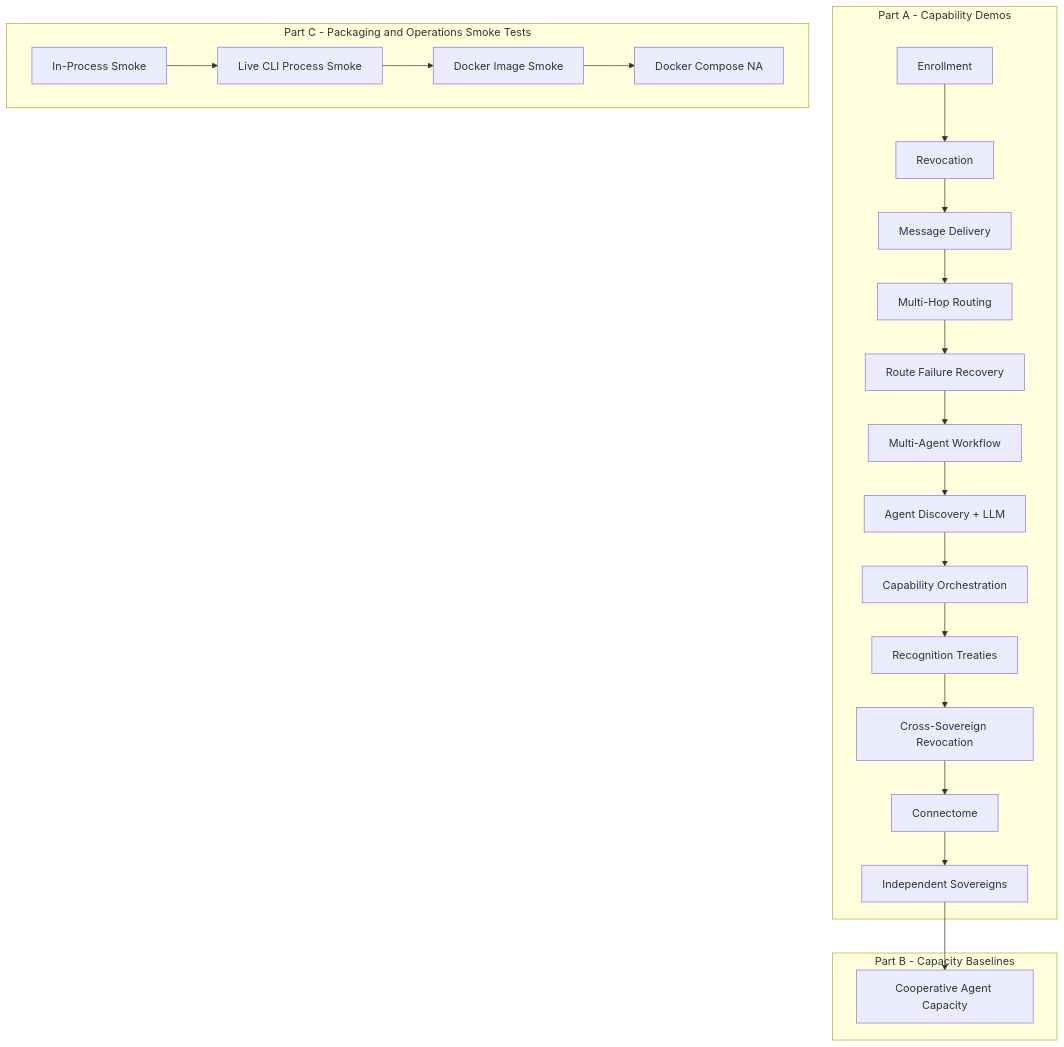
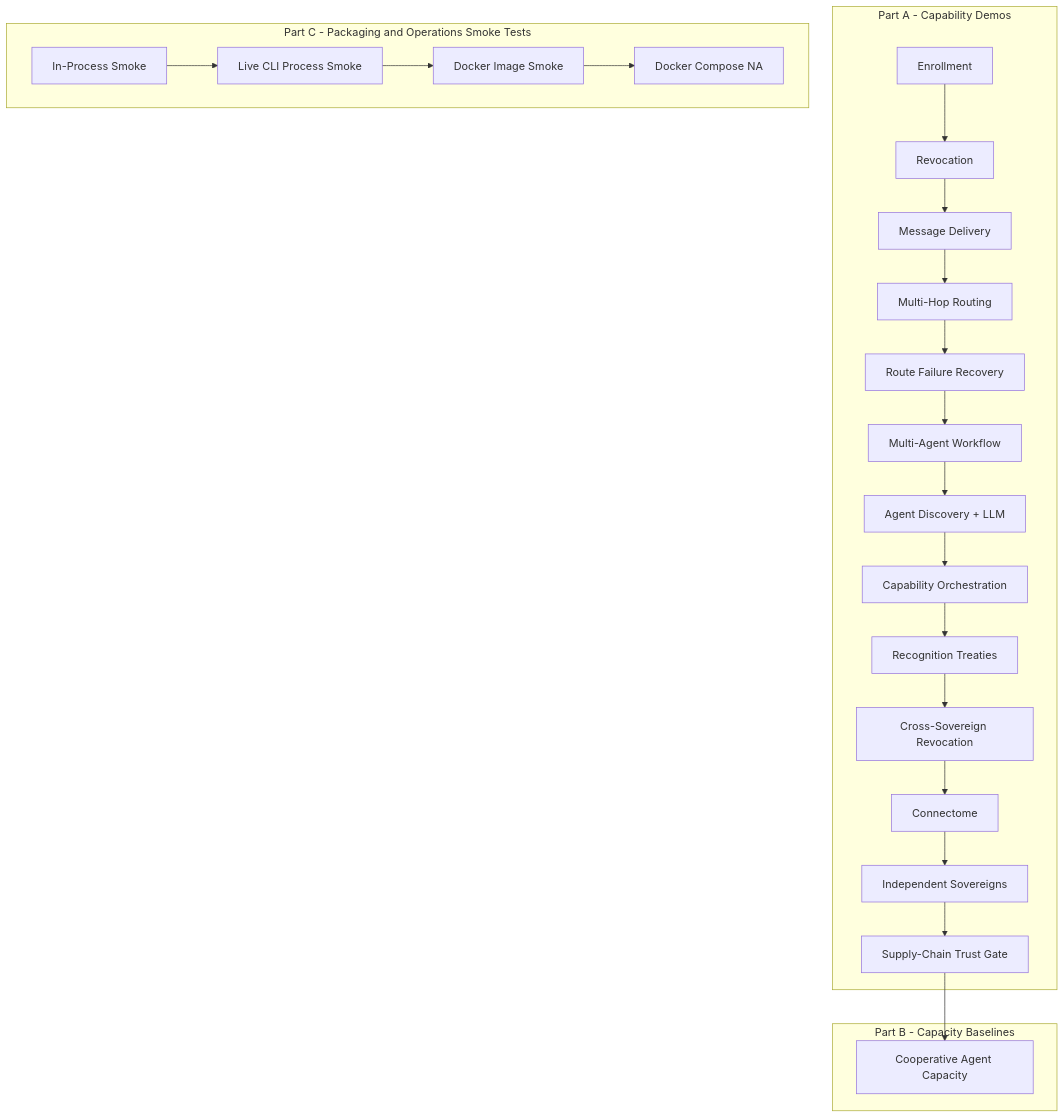
The first of 16 diagrams in docs/examples/demos.md (GenesisMeshLabs/genesismesh), drawn with Mermaid before and after one commit. The commit also changed other lines of this file and 22 other files, not shown here.

Commit message:
Release v0.15.0 supply-chain trust gate

````diff
--- a/docs/examples/demos.md
+++ b/docs/examples/demos.md
@@ -25,32 +25,33 @@
 ```{mermaid}
 flowchart TD
     subgraph A[Part A - Capability Demos]
         A1[Enrollment]
         A2[Revocation]
         A3[Message Delivery]
         A4[Multi-Hop Routing]
         A5[Route Failure Recovery]
         A6[Multi-Agent Workflow]
         A7[Agent Discovery + LLM]
         A8[Capability Orchestration]
         A9[Recognition Treaties]
         A10[Cross-Sovereign Revocation]
         A11[Connectome]
         A12[Independent Sovereigns]
+        A13[Supply-Chain Trust Gate]
     end
 
     subgraph B[Part B - Capacity Baselines]
         B1[Cooperative Agent Capacity]
     end
 
     subgraph C[Part C - Packaging and Operations Smoke Tests]
         C1[In-Process Smoke]
         C2[Live CLI Process Smoke]
         C3[Docker Image Smoke]
         C4[Docker Compose NA]
     end
 
-    A1 --> A2 --> A3 --> A4 --> A5 --> A6 --> A7 --> A8 --> A9 --> A10 --> A11 --> A12
-    A12 --> B1
+    A1 --> A2 --> A3 --> A4 --> A5 --> A6 --> A7 --> A8 --> A9 --> A10 --> A11 --> A12 --> A13
+    A13 --> B1
     C1 --> C2 --> C3 --> C4
 ```
````
